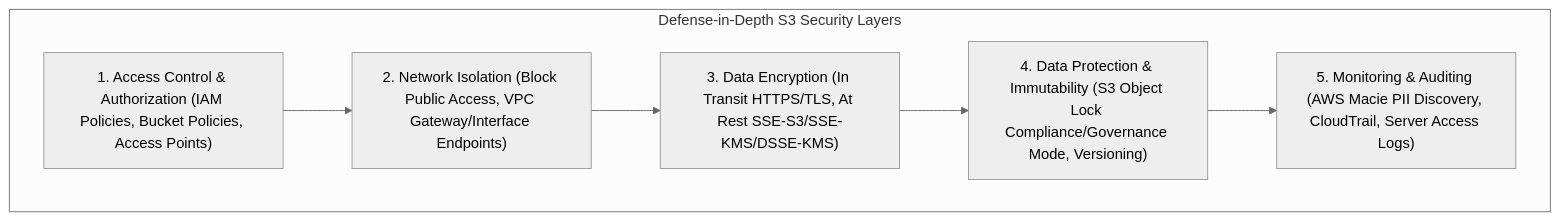
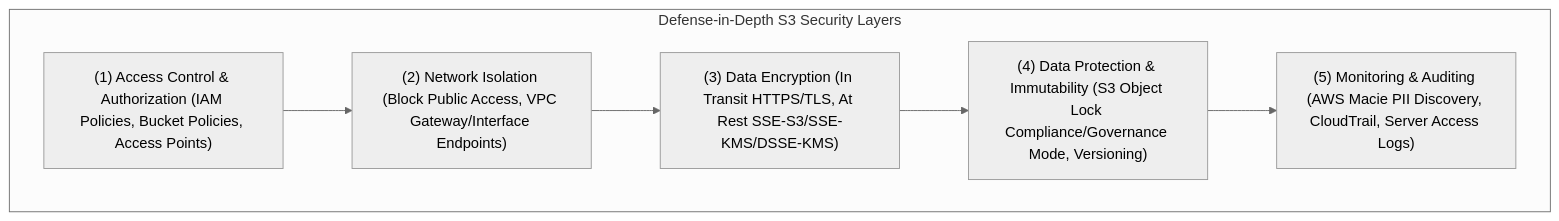
One commit to Wathon/aws-dea-c01-note changed the first of 2 diagrams in content/02-services/storage/s3/s3-security.md. Above: the diagram before and after it, drawn with Mermaid (neutral theme). The commit also changed 19 other files, not shown here.

Commit message:
fix(mermaid): resolve 'Unsupported markdown: list' rendering issues across all diagram node and edge labels

````diff
--- a/content/02-services/storage/s3/s3-security.md
+++ b/content/02-services/storage/s3/s3-security.md
@@ -32,15 +32,15 @@
 ```mermaid
 graph TD
     subgraph Layers["Defense-in-Depth S3 Security Layers"]
-        Auth["1. Access Control & Authorization (IAM Policies, Bucket Policies, Access Points)"]
-        Net["2. Network Isolation (Block Public Access, VPC Gateway/Interface Endpoints)"]
-        Enc["3. Data Encryption (In Transit HTTPS/TLS, At Rest SSE-S3/SSE-KMS/DSSE-KMS)"]
-        Prot["4. Data Protection & Immutability (S3 Object Lock Compliance/Governance Mode, Versioning)"]
-        Audit["5. Monitoring & Auditing (AWS Macie PII Discovery, CloudTrail, Server Access Logs)"]
+        Auth["(1) Access Control & Authorization (IAM Policies, Bucket Policies, Access Points)"]
+        Net["(2) Network Isolation (Block Public Access, VPC Gateway/Interface Endpoints)"]
+        Enc["(3) Data Encryption (In Transit HTTPS/TLS, At Rest SSE-S3/SSE-KMS/DSSE-KMS)"]
+        Prot["(4) Data Protection & Immutability (S3 Object Lock Compliance/Governance Mode, Versioning)"]
+        Audit["(5) Monitoring & Auditing (AWS Macie PII Discovery, CloudTrail, Server Access Logs)"]
     end
 
     Auth --> Net
     Net --> Enc
     Enc --> Prot
     Prot --> Audit
 ```
````
